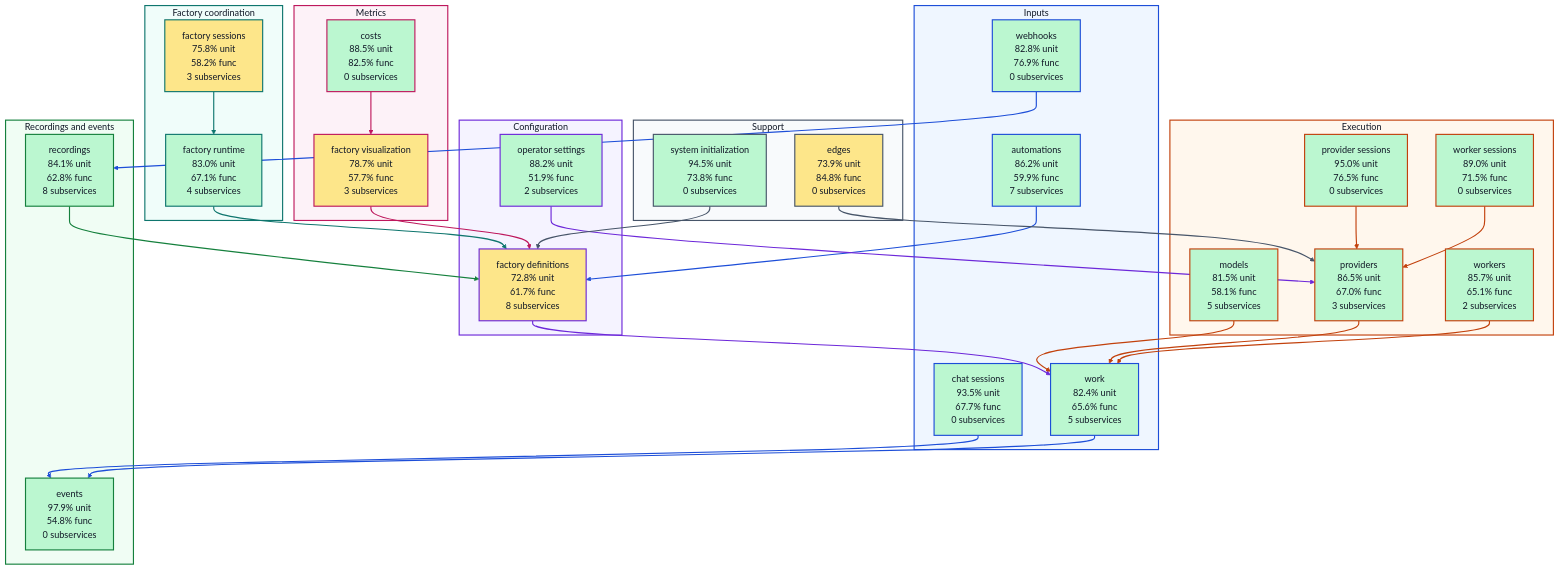
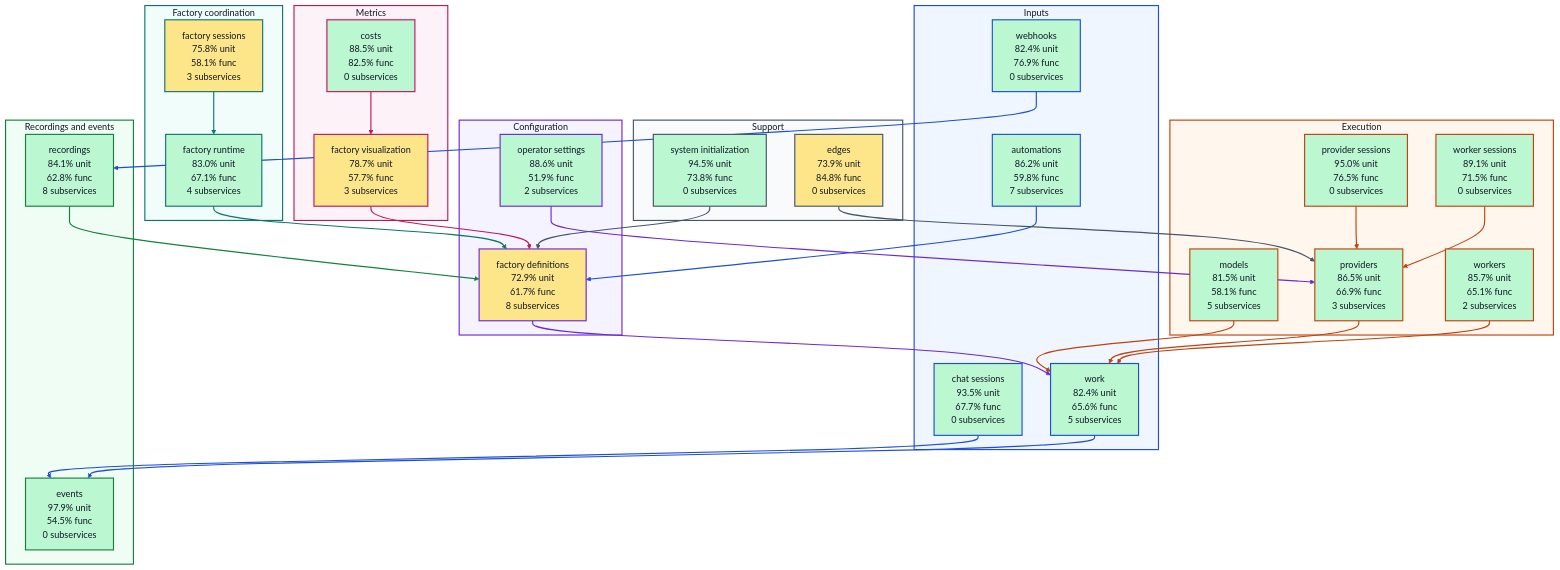
Before and after one commit to portpowered/you-agent-factory: the diagram in docs/architecture/visualizations/high-level-test-coverage.md, drawn with Mermaid. The commit also changed other lines of this file and 20 other files, not shown here.

Commit message:
docs: refresh backend architecture visualizations

````diff
--- a/docs/architecture/visualizations/high-level-test-coverage.md
+++ b/docs/architecture/visualizations/high-level-test-coverage.md
@@ -11,28 +11,28 @@
 ```mermaid
 flowchart TB
   subgraph input["Inputs"]
-    s_services_automations["automations<br/>86.2% unit<br/>59.9% func<br/>7 subservices"]
+    s_services_automations["automations<br/>86.2% unit<br/>59.8% func<br/>7 subservices"]
     s_services_chat_sessions["chat sessions<br/>93.5% unit<br/>67.7% func<br/>0 subservices"]
-    s_services_webhooks["webhooks<br/>82.8% unit<br/>76.9% func<br/>0 subservices"]
+    s_services_webhooks["webhooks<br/>82.4% unit<br/>76.9% func<br/>0 subservices"]
     s_services_work["work<br/>82.4% unit<br/>65.6% func<br/>5 subservices"]
   end
   subgraph configuration["Configuration"]
-    s_services_factory_definitions["factory definitions<br/>72.8% unit<br/>61.7% func<br/>8 subservices"]
-    s_services_operator_settings["operator settings<br/>88.2% unit<br/>51.9% func<br/>2 subservices"]
+    s_services_factory_definitions["factory definitions<br/>72.9% unit<br/>61.7% func<br/>8 subservices"]
+    s_services_operator_settings["operator settings<br/>88.6% unit<br/>51.9% func<br/>2 subservices"]
   end
   subgraph coordination["Factory coordination"]
     s_services_factory_runtime["factory runtime<br/>83.0% unit<br/>67.1% func<br/>4 subservices"]
-    s_services_factory_sessions["factory sessions<br/>75.8% unit<br/>58.2% func<br/>3 subservices"]
+    s_services_factory_sessions["factory sessions<br/>75.8% unit<br/>58.1% func<br/>3 subservices"]
   end
   subgraph execution["Execution"]
     s_services_models["models<br/>81.5% unit<br/>58.1% func<br/>5 subservices"]
     s_services_provider_sessions["provider sessions<br/>95.0% unit<br/>76.5% func<br/>0 subservices"]
-    s_services_providers["providers<br/>86.5% unit<br/>67.0% func<br/>3 subservices"]
-    s_services_worker_sessions["worker sessions<br/>89.0% unit<br/>71.5% func<br/>0 subservices"]
+    s_services_providers["providers<br/>86.5% unit<br/>66.9% func<br/>3 subservices"]
+    s_services_worker_sessions["worker sessions<br/>89.1% unit<br/>71.5% func<br/>0 subservices"]
     s_services_workers["workers<br/>85.7% unit<br/>65.1% func<br/>2 subservices"]
   end
   subgraph recordings["Recordings and events"]
-    s_services_events["events<br/>97.9% unit<br/>54.8% func<br/>0 subservices"]
+    s_services_events["events<br/>97.9% unit<br/>54.5% func<br/>0 subservices"]
     s_services_recordings["recordings<br/>84.1% unit<br/>62.8% func<br/>8 subservices"]
   end
   subgraph metrics["Metrics"]
````
